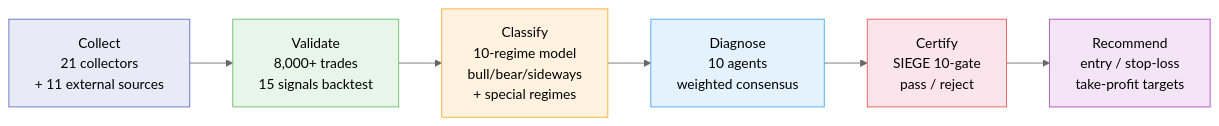
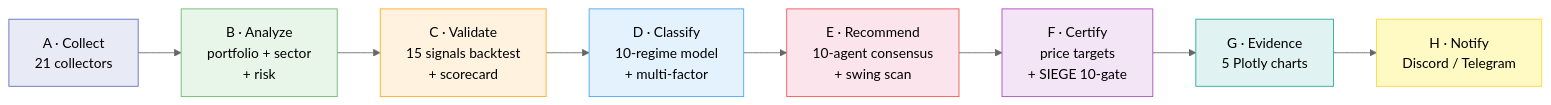
Before and after one commit to researcherhojin/nuri-quant: the diagram in README.md, drawn with Mermaid (neutral theme). The commit also changed other lines of this file and 2 other files, not shown here.

Commit message:
docs: README pipeline mermaid 8-phase + test stats update
- Pipeline: 6-step conceptual → actual 8-phase (A~H) matching make full-scan
- Testing badges: add Vitest, Codecov 88% actual, test counts aligned
- Stats: 2,568 backend (90%) + 421 frontend (62%) from Codecov
- CLAUDE.md + STRATEGY.md synced to same numbers

````diff
--- a/README.md
+++ b/README.md
@@ -17,15 +19,19 @@
 ```mermaid
 graph LR
-    A["Collect<br/>21 collectors<br/>+ 11 external sources"] --> B["Validate<br/>8,000+ trades<br/>15 signals backtest"]
-    B --> C["Classify<br/>10-regime model<br/>bull/bear/sideways<br/>+ special regimes"]
-    C --> D["Diagnose<br/>10 agents<br/>weighted consensus"]
-    D --> E["Certify<br/>SIEGE 10-gate<br/>pass / reject"]
-    E --> F["Recommend<br/>entry / stop-loss<br/>take-profit targets"]
+    A["A · Collect<br/>21 collectors"] --> B["B · Analyze<br/>portfolio + sector<br/>+ risk"]
+    B --> C["C · Validate<br/>15 signals backtest<br/>+ scorecard"]
+    C --> D["D · Classify<br/>10-regime model<br/>+ multi-factor"]
+    D --> E["E · Recommend<br/>10-agent consensus<br/>+ swing scan"]
+    E --> F["F · Certify<br/>price targets<br/>+ SIEGE 10-gate"]
+    F --> G["G · Evidence<br/>5 Plotly charts"]
+    G --> H["H · Notify<br/>Discord / Telegram"]
 
     style A fill:#e8eaf6,stroke:#5c6bc0
     style B fill:#e8f5e9,stroke:#66bb6a
     style C fill:#fff3e0,stroke:#ffa726
     style D fill:#e3f2fd,stroke:#42a5f5
     style E fill:#fce4ec,stroke:#ef5350
     style F fill:#f3e5f5,stroke:#ab47bc
+    style G fill:#e0f2f1,stroke:#26a69a
+    style H fill:#fff9c4,stroke:#fdd835
 ```
````
